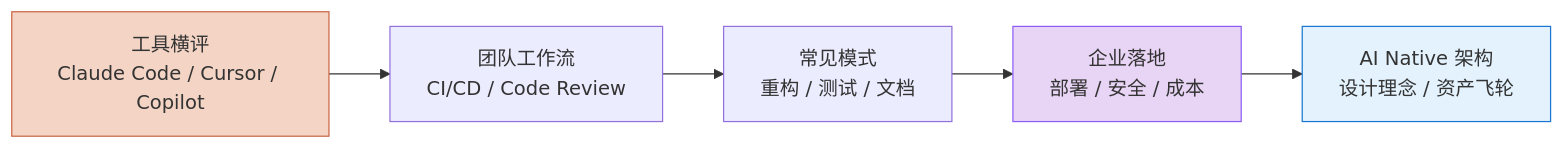
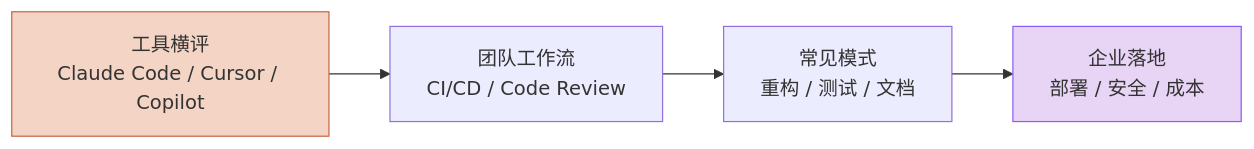
The diagram in ai-coding/index.md (dukegod/ai-handbook), drawn with Mermaid before and after one commit. The commit also changed other lines of this file and 12 other files, not shown here.

First line of the commit message:
feat(ai-harness): extract AI Native architecture into top-level section

````diff
--- a/ai-coding/index.md
+++ b/ai-coding/index.md
@@ -22,11 +22,9 @@
 ```mermaid
 flowchart LR
   A[工具横评<br/>Claude Code / Cursor / Copilot] --> B[团队工作流<br/>CI/CD / Code Review]
   B --> C[常见模式<br/>重构 / 测试 / 文档]
   C --> D[企业落地<br/>部署 / 安全 / 成本]
-  D --> E[AI Native 架构<br/>设计理念 / 资产飞轮]
 
   style A fill:#f4d5c5,stroke:#c96442
   style D fill:#e8d4f4,stroke:#8b5cf6
-  style E fill:#e3f2fd,stroke:#1976d2
 ```
````
